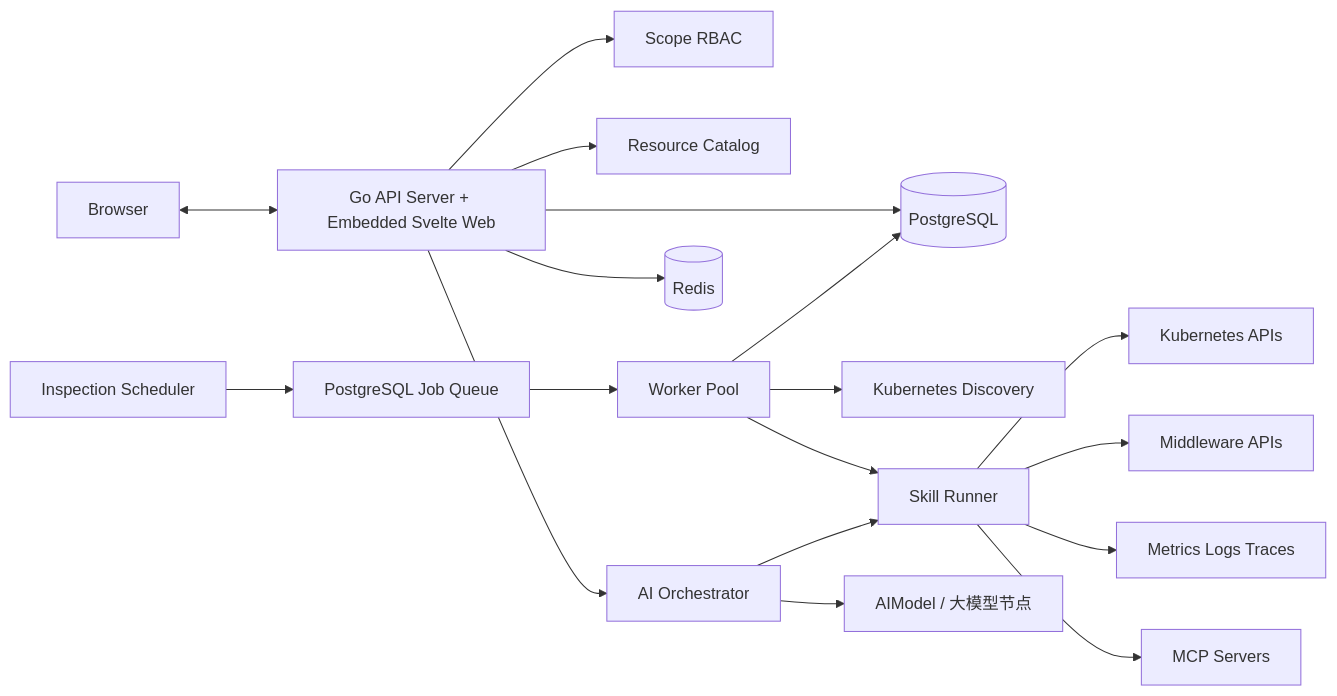
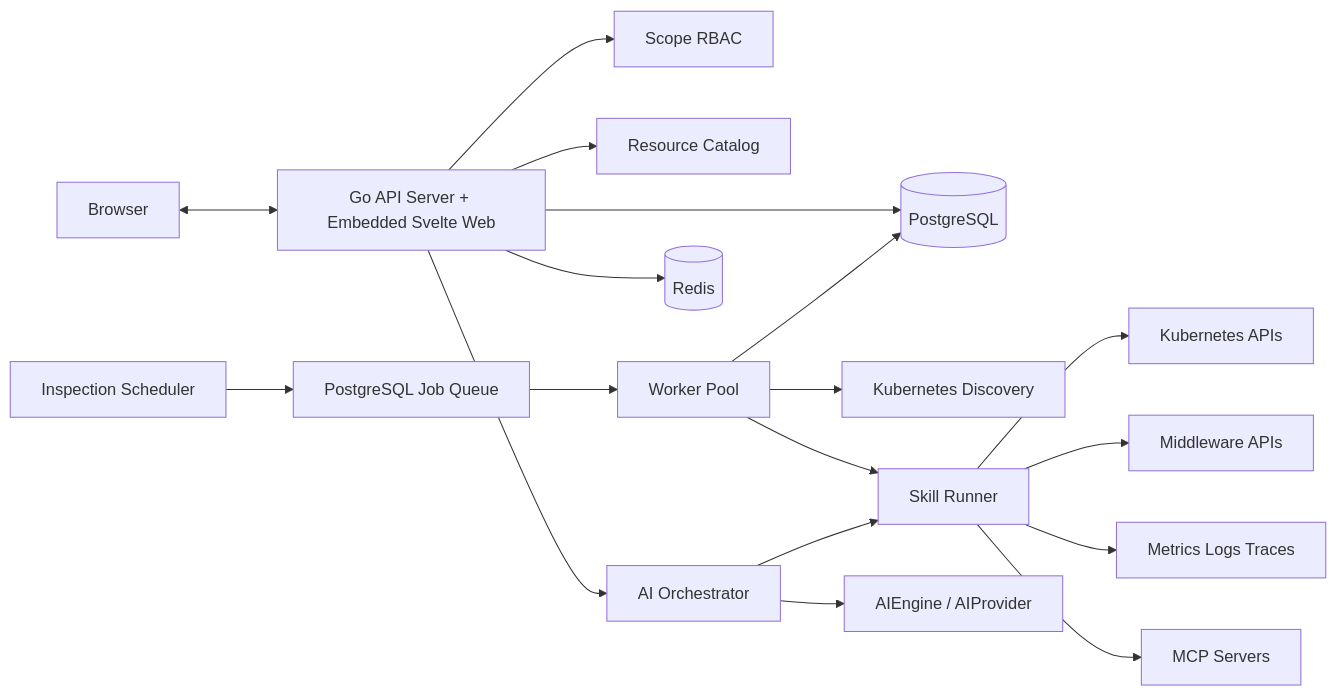
The diagram in docs/design/architecture.md (xshrim/opskeeper), drawn with Mermaid before and after one commit. The commit also changed other lines of this file and 81 other files, not shown here.

````diff
--- a/docs/design/architecture.md
+++ b/docs/design/architecture.md
@@ -45,20 +45,20 @@
 ```mermaid
 flowchart LR
     UI[Browser] <--> API[Go API Server + Embedded Svelte Web]
     API --> Auth[Scope RBAC]
     API --> Catalog[Resource Catalog]
     API --> AI[AI Orchestrator]
     API --> PG[(PostgreSQL)]
     API --> Redis[(Redis)]
     Scheduler[Inspection Scheduler] --> Jobs[PostgreSQL Job Queue]
     Jobs --> Worker[Worker Pool]
     Worker --> Discovery[Kubernetes Discovery]
     Worker --> Skills[Skill Runner]
     Skills --> K8S[Kubernetes APIs]
     Skills --> Middleware[Middleware APIs]
     Skills --> Observability[Metrics Logs Traces]
     Skills --> MCP[MCP Servers]
-    AI --> LLM[AIModel / 大模型节点]
+    AI --> LLM[AIEngine / AIProvider]
     AI --> Skills
     Worker --> PG
 ```
````
